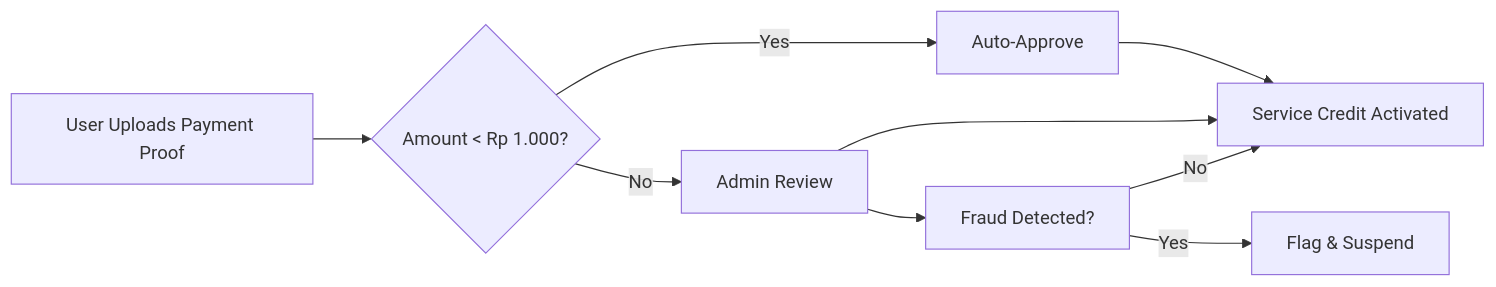
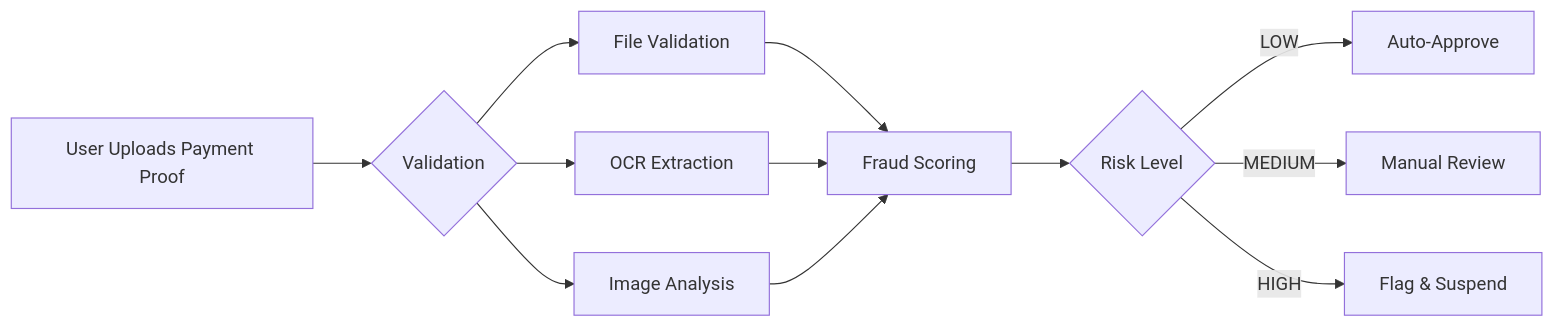
One commit to Therealratoshen/aman-ga changed the first of 2 diagrams in README.md. Above: the diagram before and after it, drawn with Mermaid. The commit also changed other lines of this file, not shown here.

````diff
--- a/README.md
+++ b/README.md
@@ -59,11 +62,14 @@
 ```mermaid
 graph LR
-    A[User Uploads Payment Proof] --> B{Amount < Rp 1.000?}
-    B -->|Yes| C[Auto-Approve]
-    B -->|No| D[Admin Review]
-    C --> E[Service Credit Activated]
-    D --> E
-    D --> F[Fraud Detected?]
-    F -->|Yes| G[Flag & Suspend]
-    F -->|No| E
+    A[User Uploads Payment Proof] --> B{Validation}
+    B --> C[File Validation]
+    B --> D[OCR Extraction]
+    B --> E[Image Analysis]
+    C --> F[Fraud Scoring]
+    D --> F
+    E --> F
+    F --> G{Risk Level}
+    G -->|LOW| H[Auto-Approve]
+    G -->|MEDIUM| I[Manual Review]
+    G -->|HIGH| J[Flag & Suspend]
 ```
````
